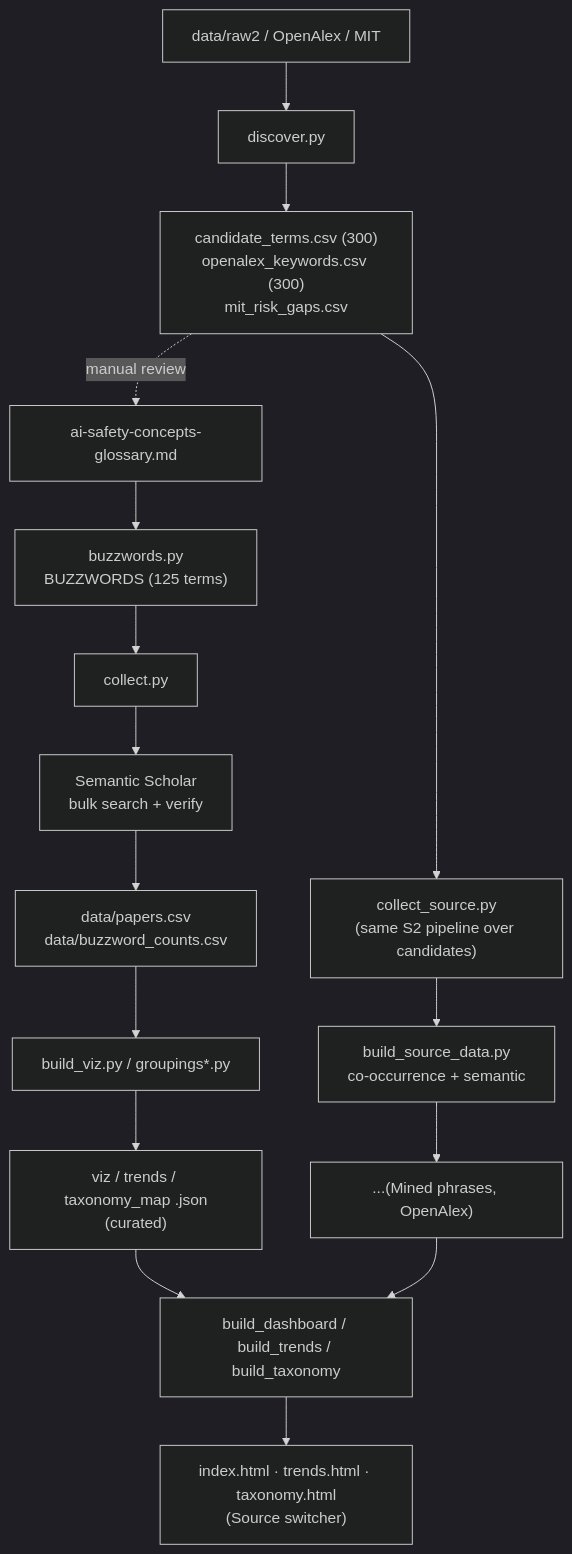
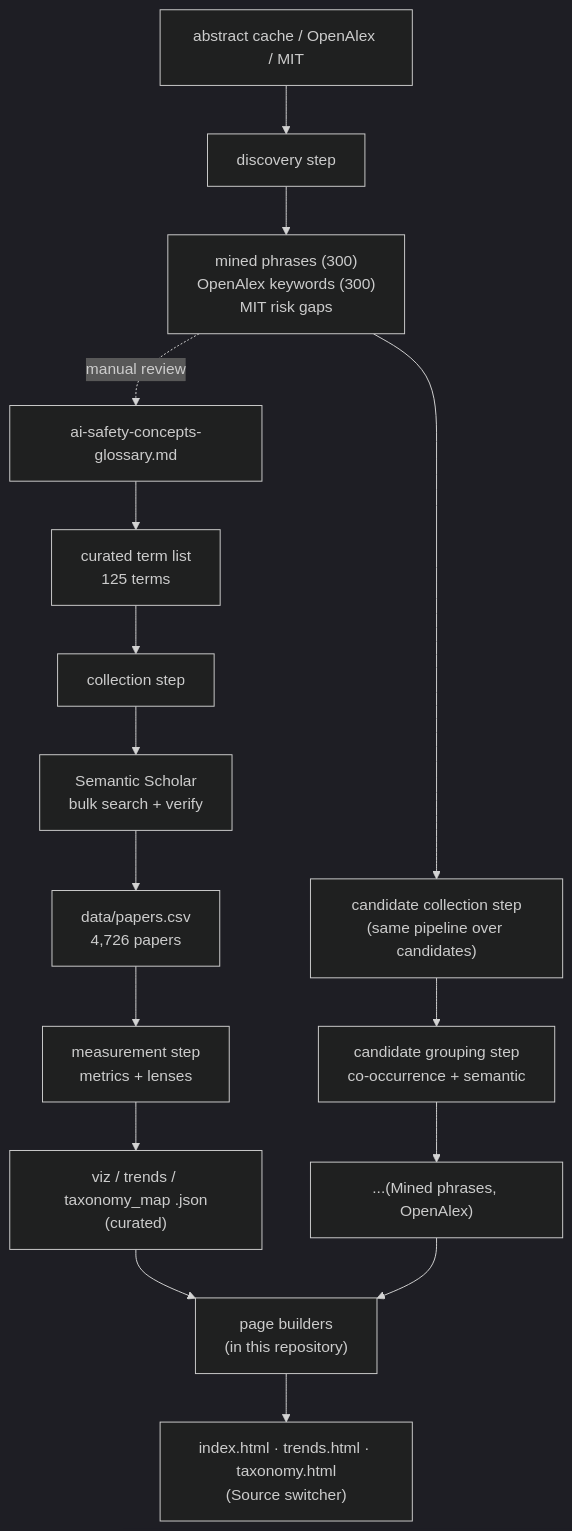
One commit to eericheva/ai-safety-buzzwords changed the diagram in methodology_en.md. Above: the diagram before and after it, drawn with Mermaid (dark theme). The commit also changed other lines of this file and 92 other files, not shown here.

````diff
--- a/methodology_en.md
+++ b/methodology_en.md
@@ -25,20 +32,20 @@
 ```mermaid
 flowchart TD
-    Glossary["ai-safety-concepts-glossary.md"] --> Buzzwords["buzzwords.py<br/>BUZZWORDS (125 terms)"]
-    Buzzwords --> Collect["collect.py"]
+    Glossary["ai-safety-concepts-glossary.md"] --> Terms["curated term list<br/>125 terms"]
+    Terms --> Collect["collection step"]
     Collect --> S2["Semantic Scholar<br/>bulk search + verify"]
-    S2 --> Papers["data/papers.csv<br/>data/buzzword_counts.csv"]
+    S2 --> Papers["data/papers.csv<br/>4,726 papers"]
 
-    Corpus["data/raw2 / OpenAlex / MIT"] --> Discover["discover.py"]
-    Discover --> Cand["candidate_terms.csv (300)<br/>openalex_keywords.csv (300)<br/>mit_risk_gaps.csv"]
+    Corpus["abstract cache / OpenAlex / MIT"] --> Discover["discovery step"]
+    Discover --> Cand["mined phrases (300)<br/>OpenAlex keywords (300)<br/>MIT risk gaps"]
     Cand -.manual review.-> Glossary
-    Cand --> CollectSrc["collect_source.py<br/>(same S2 pipeline over candidates)"]
-    CollectSrc --> SrcData["build_source_data.py<br/>co-occurrence + semantic"]
+    Cand --> CollectSrc["candidate collection step<br/>(same pipeline over candidates)"]
+    CollectSrc --> SrcData["candidate grouping step<br/>co-occurrence + semantic"]
 
-    Papers --> Viz["build_viz.py / groupings*.py"]
+    Papers --> Viz["measurement step<br/>metrics + lenses"]
     Viz --> VD["viz / trends / taxonomy_map .json<br/>(curated)"]
     SrcData --> SD["...(Mined phrases, OpenAlex)"]
-    VD --> Art["build_dashboard / build_trends / build_taxonomy"]
+    VD --> Art["page builders<br/>(in this repository)"]
     SD --> Art
     Art --> HTML["index.html · trends.html · taxonomy.html<br/>(Source switcher)"]
 ```
````
